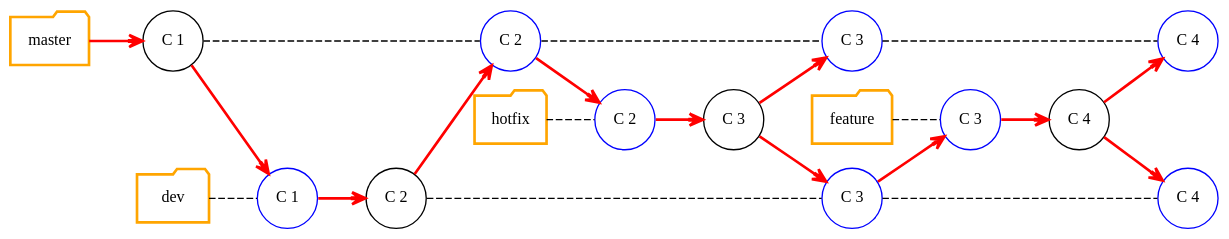
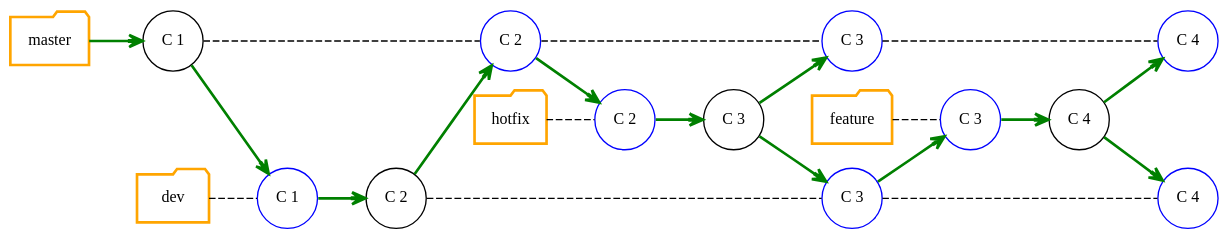
The diagram in slides/intro/src/docs/asciidoc/graphviz/git-branch-model.dot (Gepardec/git-training), drawn with Graphviz before and after one commit. The commit also changed 8 other files, not shown here.

```diff
--- a/slides/intro/src/docs/asciidoc/graphviz/git-branch-model.dot
+++ b/slides/intro/src/docs/asciidoc/graphviz/git-branch-model.dot
@@ -1,77 +1,77 @@
 digraph git_branch_model {
   splines=line
   rankdir="LR"
   bgcolor="transparent"
 
   /* Global Node/Edge config */
   edge[arrowhead=open]
 
   /* Nodes representing the branches */
   node[ fontsize=12.0,style="bold", shape=folder, color=orange]
   master [group="master"]
   dev [group="dev"]
   hotfix [group="hotfix"]
   feature [group="feature"]
 
   /* Nodes representing commit */
   node[ fontsize=12.0,style="",shape=circle, color=""]
   C_1[label="C 1", group="master"]
   C_2[label="C 2", group="dev"]
   C_3[label="C 3", group="hotfix"]
   C_4[label="C 4", group="feature"]
 
   /* Nodes representing pointer */
   node[color="blue"]
   C_2_M [label="C 2", group="master"]
   C_3_M [label="C 3", group="master"]
   C_1_D [label="C 1", group="dev"]
   C_3_D [label="C 3", group="dev"]
   C_2_H [label="C 2", group="hotfix"]
   C_3_F [label="C 3", group="feature"]
   C_4_D [label="C 4", group="dev"]
   C_4_M [label="C 4", group="master"]
 
   /* Connect hidden branch name nodes
   master -> dev -> hotfix -> feature  [style="invis"] */
 
   edge[arrowhead=none, style="dashed"]
   /* Define master branch commits */
-  master -> C_1 [arrowhead=open, color="red", style="bold"]
+  master -> C_1 [arrowhead=open, color="green", style="bold"]
   C_1 -> C_2_M [arrowhead=none, style="dashed"]
   C_2_M -> C_3_M
   C_3_M -> C_4_M
 
   /* Define dev branch commits */
   dev -> C_1_D
-  C_1_D -> C_2 [arrowhead=open, color="red", style="bold"]
+  C_1_D -> C_2 [arrowhead=open, color="green", style="bold"]
   C_2 -> C_3_D
   C_3_D -> C_4_D
 
   /* Define hotfix branch commits */
   hotfix -> C_2_H
-  C_2_H -> C_3 [arrowhead=open, color="red", style="bold"]
+  C_2_H -> C_3 [arrowhead=open, color="green", style="bold"]
 
   /* Define feature branch commits */
   feature -> C_3_F
-  C_3_F -> C_4 [arrowhead=open, color="red", style="bold"]
+  C_3_F -> C_4 [arrowhead=open, color="green", style="bold"]
 
-  edge[color="red", arrowhead=open,  style="bold"]
+  edge[color="green", arrowhead=open,  style="bold"]
   /* 1. inter branch commit */
   C_1 -> C_1_D
 
   /* 2. inter branch commit */
   C_2 -> C_2_M
 
   /* 3.  inter branch commit */
   C_2_M -> C_2_H
 
   /* 4.  inter branch commit */
   C_3 -> { C_3_D C_3_M }
 
   /* 5. inter branch commit */
   C_3_D -> C_3_F
 
   /* 5. inter branch commit */
   C_4 -> {C_4_D C_4_M}
 
 }
```
